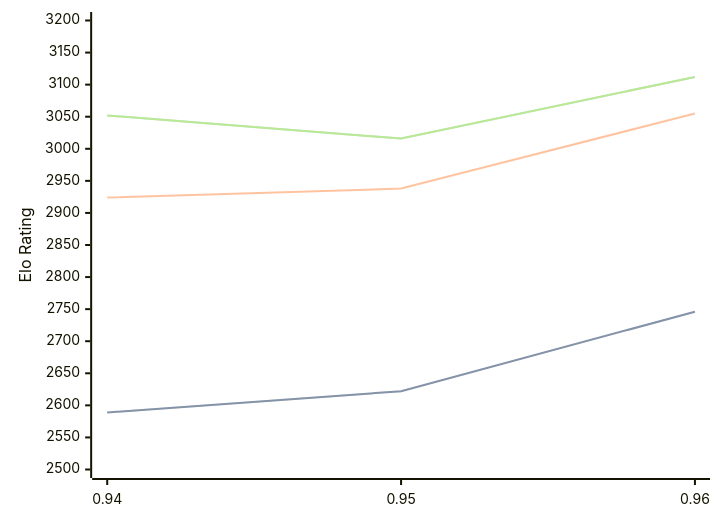
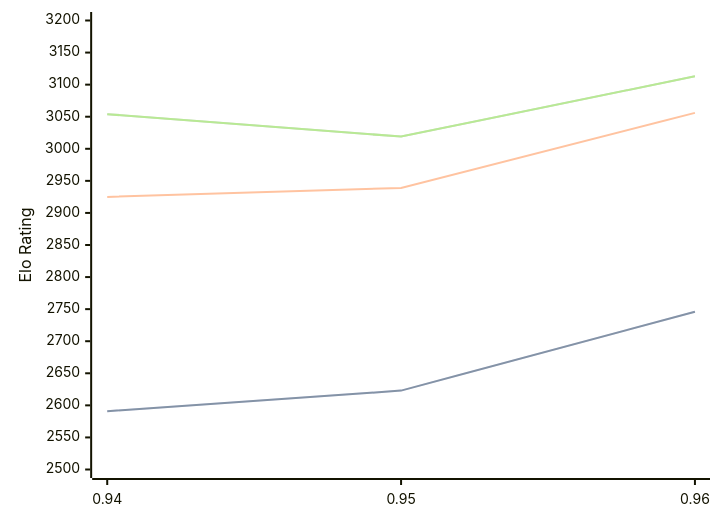
Before and after one commit to computer-chess-index/cci: the diagram in engines/Myrddin.md, drawn with Mermaid. The commit also changed other lines of this file, not shown here.

Commit message:
Update CCI Ratings (ELO VLTC) - 2026-08-22

````diff
--- a/engines/Myrddin.md
+++ b/engines/Myrddin.md
@@ -33,11 +33,11 @@
 ```mermaid
 %%{init: {"theme":"base","themeVariables":{"seriesColors:['#a3a3a3','#222221','#faa371']}}}%%
 xychart-beta
   x-axis ["0.94", "0.95", "0.96"]
   y-axis "Elo Rating" 2500 --> 3200
-  line "STC (8.0+0.08s)" [2589, 2622, 2746]
-  line "STC (8.0+0.08s)" [2589, 2622, 2746]
-  line "LTC (60.0+0.60s)" [2924, 2938, 3055]
-  line "VLTC (2m24s+1.12s)" [3052, 3016, 3112]
-  line "VLTC (2m24s+1.12s)" [3052, 3016, 3112]
+  line "STC (8.0+0.08s)" [2591, 2623, 2746]
+  line "STC (8.0+0.08s)" [2591, 2623, 2746]
+  line "LTC (60.0+0.60s)" [2925, 2939, 3056]
+  line "VLTC (2m24s+1.12s)" [3054, 3019, 3113]
+  line "VLTC (2m24s+1.12s)" [3054, 3019, 3113]
 ```
````
